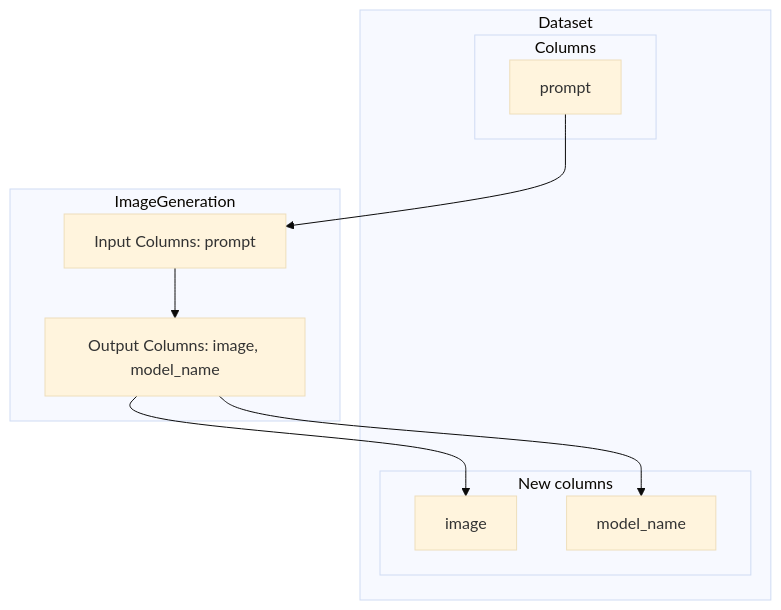
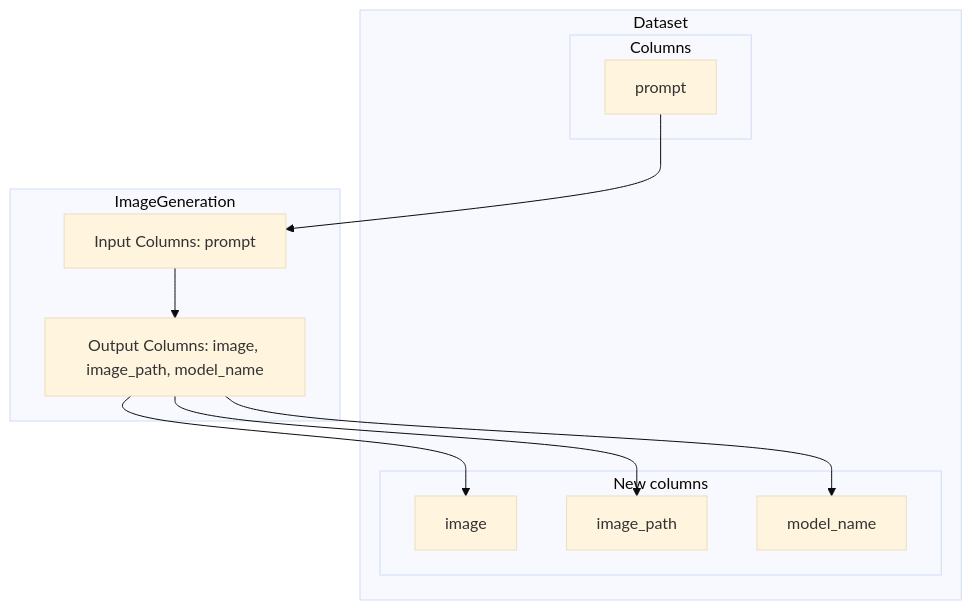
The diagram in pr-1060/components-gallery/tasks/imagegeneration.md (argilla-io/distilabel), drawn with Mermaid (base theme) before and after one commit. The commit also changed other lines of this file and 19 other files, not shown here.

````diff
--- a/pr-1060/components-gallery/tasks/imagegeneration.md
+++ b/pr-1060/components-gallery/tasks/imagegeneration.md
@@ -33,23 +37,25 @@
 ``` mermaid
 graph TD
 	subgraph Dataset
 		subgraph Columns
 			ICOL0[prompt]
 		end
 		subgraph New columns
 			OCOL0[image]
-			OCOL1[model_name]
+			OCOL1[image_path]
+			OCOL2[model_name]
 		end
 	end
 
 	subgraph ImageGeneration
 		StepInput[Input Columns: prompt]
-		StepOutput[Output Columns: image, model_name]
+		StepOutput[Output Columns: image, image_path, model_name]
 	end
 
 	ICOL0 --> StepInput
 	StepOutput --> OCOL0
 	StepOutput --> OCOL1
+	StepOutput --> OCOL2
 	StepInput --> StepOutput
 
 ```
````
